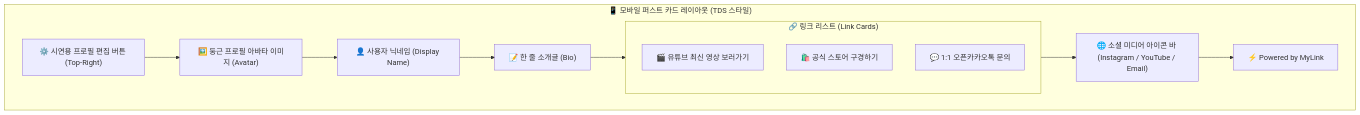
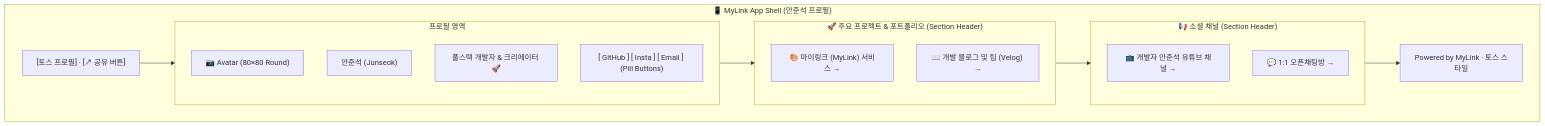
One commit to junseok1028/mylink changed the second of 2 diagrams in docs/PRD.md. Above: the diagram before and after it, drawn with Mermaid. The commit also changed other lines of this file and 5 other files, not shown here.

Commit message:
feat: complete wireframe implementation with Toss TDS, shadcn/ui, Junseok profile, and docs update

````diff
--- a/docs/PRD.md
+++ b/docs/PRD.md
@@ -69,25 +86,30 @@
 ```mermaid
 flowchart TD
-    subgraph MobileContainer["📱 모바일 퍼스트 카드 레이아웃 (TDS 스타일)"]
-        TopNav["⚙️ 시연용 프로필 편집 버튼 (Top-Right)"]
-        Avatar["🖼️ 둥근 프로필 아바타 이미지 (Avatar)"]
-        Title["👤 사용자 닉네임 (Display Name)"]
-        Bio["📝 한 줄 소개글 (Bio)"]
-        
-        subgraph LinkCards["🔗 링크 리스트 (Link Cards)"]
-            Link1["🎬 유튜브 최신 영상 보러가기"]
-            Link2["🛍️ 공식 스토어 구경하기"]
-            Link3["💬 1:1 오픈카카오톡 문의"]
+    subgraph Shell["📱 MyLink App Shell (안준석 프로필)"]
+        TopBar["[토스 프로필]  ·  [↗ 공유 버튼]"]
+
+        subgraph Profile["프로필 영역"]
+            Avatar["📷 Avatar (80×80 Round)"]
+            NameHandle["안준석 (Junseok)"]
+            Bio["풀스택 개발자 & 크리에이터 🚀"]
+            Badges["[ GitHub ] [ Insta ] [ Email ] (Pill Buttons)"]
         end
-        
-        Socials["🌐 소셜 미디어 아이콘 바 (Instagram / YouTube / Email)"]
-        Footer["⚡ Powered by MyLink"]
+
+        subgraph Section1["🚀 주요 프로젝트 & 포트폴리오 (Section Header)"]
+            Link1["🎨 마이링크 (MyLink) 서비스 →"]
+            Link2["📖 개발 블로그 및 팁 (Velog) →"]
+        end
+
+        subgraph Section2["📢 소셜 채널 (Section Header)"]
+            Link3["📺 개발자 안준석 유튜브 채널 →"]
+            Link4["💬 1:1 오픈채팅방 →"]
+        end
+
+        Footer["Powered by MyLink · 토스 스타일"]
     end
 
-    TopNav --> Avatar
-    Avatar --> Title
-    Title --> Bio
-    Bio --> LinkCards
-    LinkCards --> Socials
-    Socials --> Footer
+    TopBar --> Profile
+    Profile --> Section1
+    Section1 --> Section2
+    Section2 --> Footer
 ```
````
